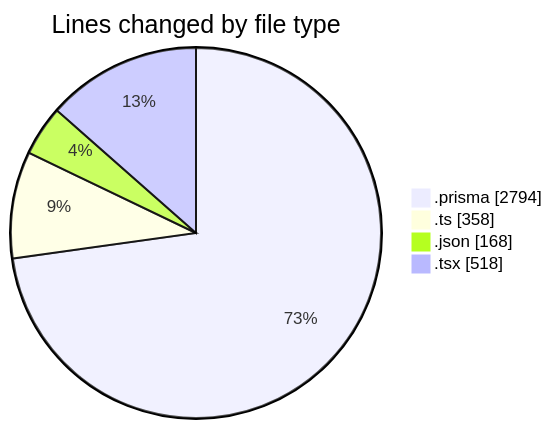
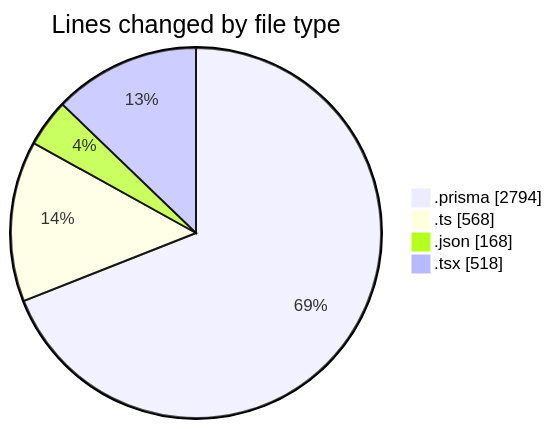
Before and after one commit to CELIANVF/code-tracking: the first of 2 diagrams in 2025-05-01/ecodeli/README.md, drawn with Mermaid. The commit also changed other lines of this file and 1 other file, not shown here.

````diff
--- a/2025-05-01/ecodeli/README.md
+++ b/2025-05-01/ecodeli/README.md
@@ -24,8 +26,8 @@
 ```mermaid
 pie showData
 title Lines changed by file type
 ".prisma" : 2794
-".ts" : 358
+".ts" : 568
 ".json" : 168
 ".tsx" : 518
 ```
````
